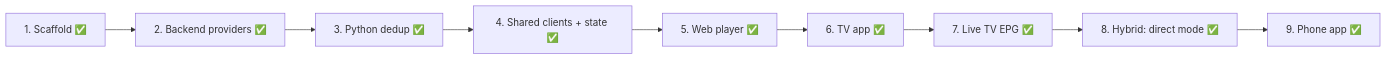
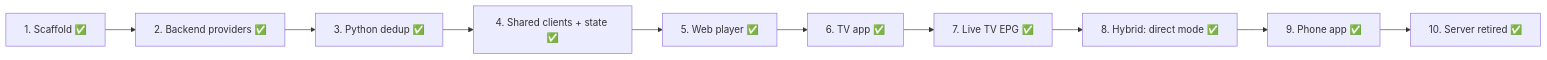
Before and after one commit to brunoccst/iptv-player: the diagram in documentation/NEXT-STEPS.md, drawn with Mermaid. The commit also changed other lines of this file and 313 other files, not shown here.

````diff
--- a/documentation/NEXT-STEPS.md
+++ b/documentation/NEXT-STEPS.md
@@ -34,6 +30,6 @@
 ```mermaid
 flowchart LR
   S1[1. Scaffold ✅] --> S2[2. Backend providers ✅] --> S3[3. Python dedup ✅] --> S4[4. Shared clients + state ✅]
   S4 --> S5[5. Web player ✅] --> S6[6. TV app ✅] --> S7[7. Live TV EPG ✅] --> S8[8. Hybrid: direct mode ✅]
-  S8 --> S9[9. Phone app ✅]
+  S8 --> S9[9. Phone app ✅] --> S10[10. Server retired ✅]
 ```
````
